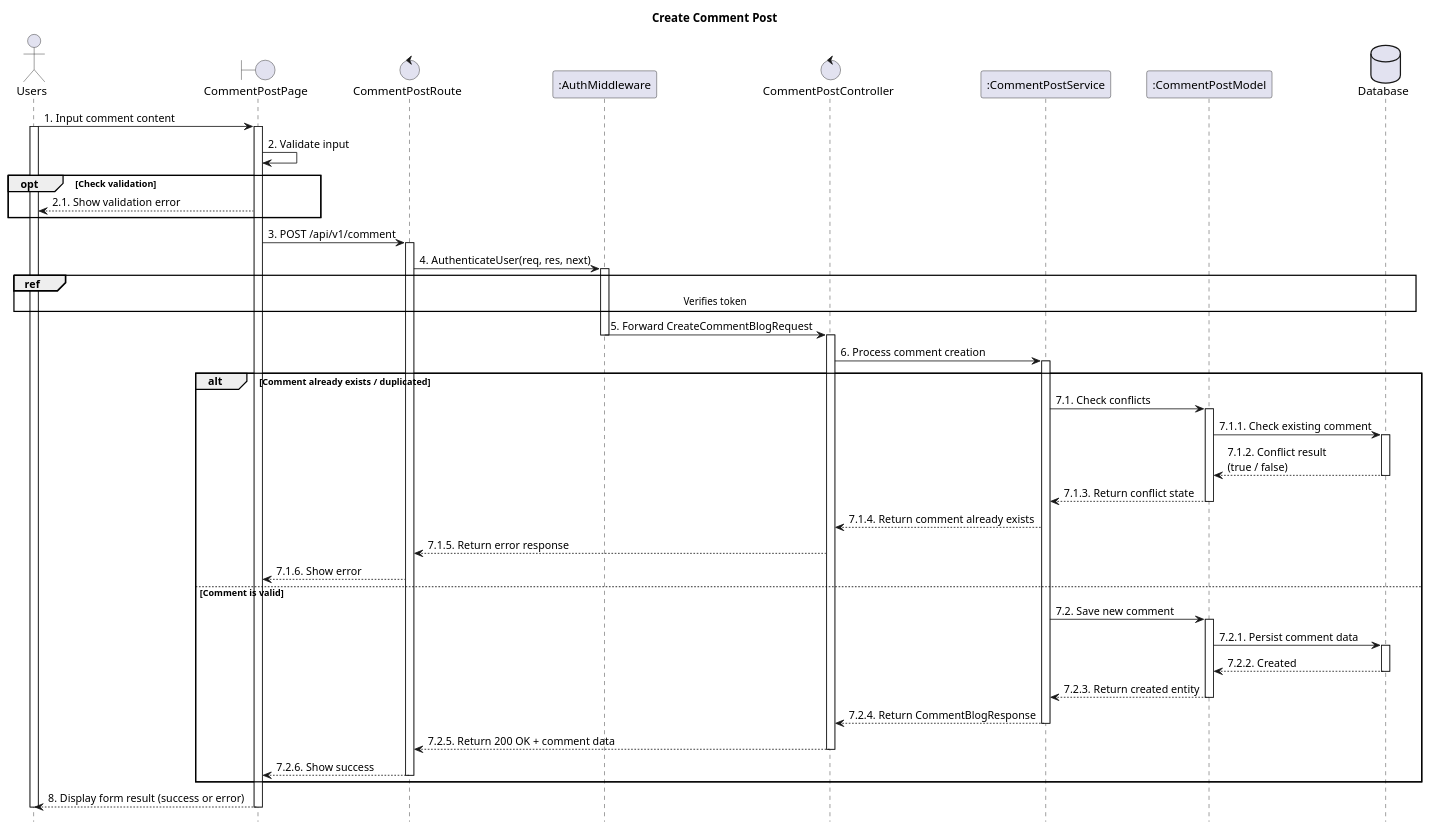
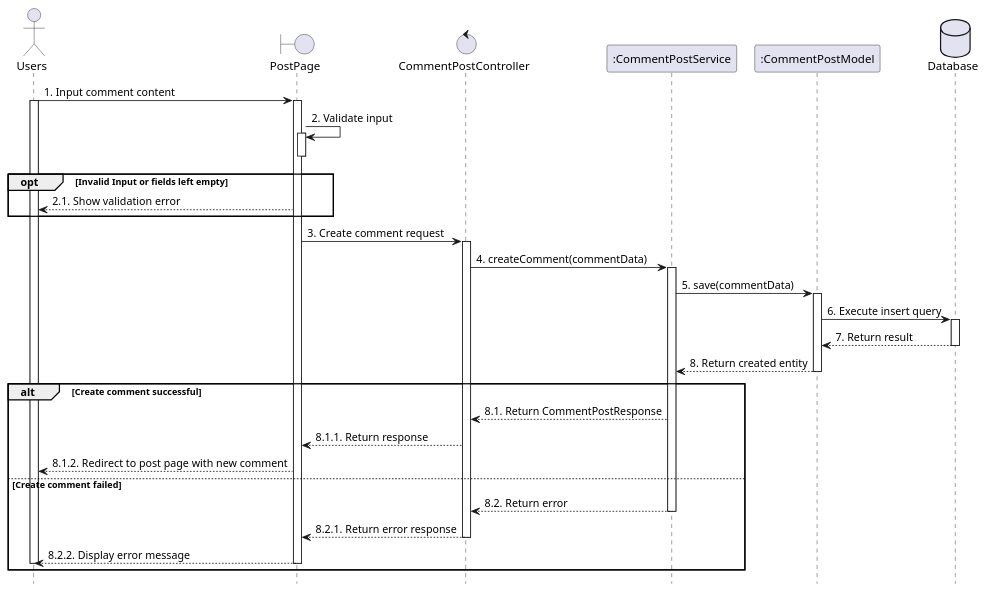
Before and after one commit to VietDurian/VietDurian: the diagram in planuml/web/57_createCommentPost.puml, drawn with PlantUML. The commit also changed 33 other files, not shown here.

```diff
--- a/planuml/web/57_createCommentPost.puml
+++ b/planuml/web/57_createCommentPost.puml
@@ -1,74 +1,51 @@
 @startuml 16.1_createCommentBlog
 hide footbox
-title Create Comment Post
 actor User as "Users"
-boundary CommentPostPage as View
-control CommentPostRoute as Route
-participant ":AuthMiddleware" as Middleware
+boundary PostPage as View
 control "CommentPostController" as Controller
 participant ":CommentPostService" as Service
 participant ":CommentPostModel" as Model
 database Database as Database
 
 
 User -> View : 1. Input comment content
 activate View
 activate User
 View -> View : 2. Validate input
+activate View
+deactivate View
 
-opt Check validation
+opt Invalid Input or fields left empty
     View --> User : 2.1. Show validation error
 end
 
-    View -> Route : 3. POST /api/v1/comment
-    activate Route
-
-    Route -> Middleware : 4. AuthenticateUser(req, res, next)
-    activate Middleware
-    ref over User, Database : Verifies token
-    Middleware -> Controller : 5. Forward CreateCommentBlogRequest
-    deactivate Middleware
+    View -> Controller : 3. Create comment request
     activate Controller
 
-    Controller -> Service : 6. Process comment creation
+    Controller -> Service : 4. createComment(commentData)
     activate Service
-
-alt Comment already exists / duplicated
-    Service -> Model : 7.1. Check conflicts
-    activate Model
-
-    Model -> Database : 7.1.1. Check existing comment
-    activate Database
-    Database --> Model : 7.1.2. Conflict result\n(true / false)
-    deactivate Database
-
-    Model --> Service : 7.1.3. Return conflict state
-    deactivate Model
-
-        Service --> Controller : 7.1.4. Return comment already exists
-        Controller --> Route : 7.1.5. Return error response
-        Route --> View : 7.1.6. Show error
-else Comment is valid
-        Service -> Model : 7.2. Save new comment
+        Service -> Model : 5. save(commentData)
         activate Model
 
-        Model -> Database : 7.2.1. Persist comment data
+        Model -> Database : 6. Execute insert query
         activate Database
-        Database --> Model : 7.2.2. Created
+        Database --> Model : 7. Return result
         deactivate Database
 
-        Model --> Service : 7.2.3. Return created entity
+        Model --> Service : 8. Return created entity
         deactivate Model
 
-        Service --> Controller : 7.2.4. Return CommentBlogResponse
+alt Create comment successful
+        Service --> Controller : 8.1. Return CommentPostResponse
+        Controller --> View : 8.1.1. Return response
+        View --> User : 8.1.2. Redirect to post page with new comment
+else Create comment failed
+        Service --> Controller : 8.2. Return error
         deactivate Service
-        Controller --> Route : 7.2.5. Return 200 OK + comment data
+        Controller --> View : 8.2.1. Return error response
         deactivate Controller
-        Route --> View : 7.2.6. Show success
-        deactivate Route
+        View --> User : 8.2.2. Display error message
+        deactivate View
+        deactivate User
 end
-
-View --> User : 8. Display form result (success or error)
-deactivate View
-deactivate User
 @enduml
```
